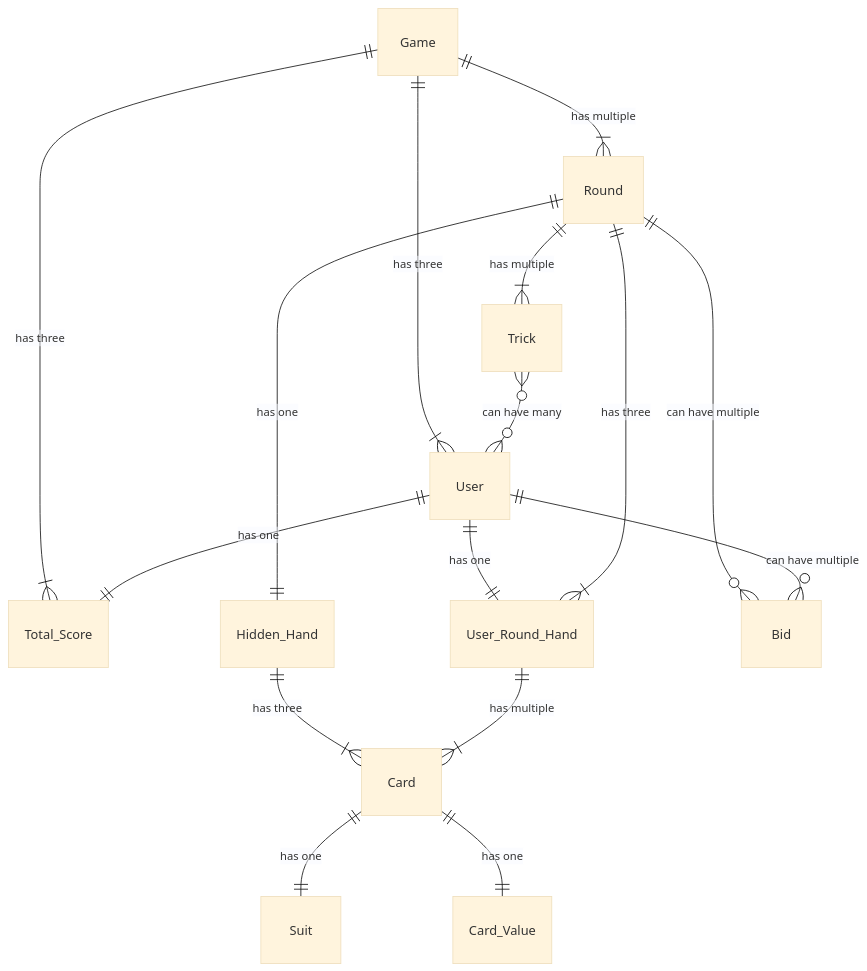
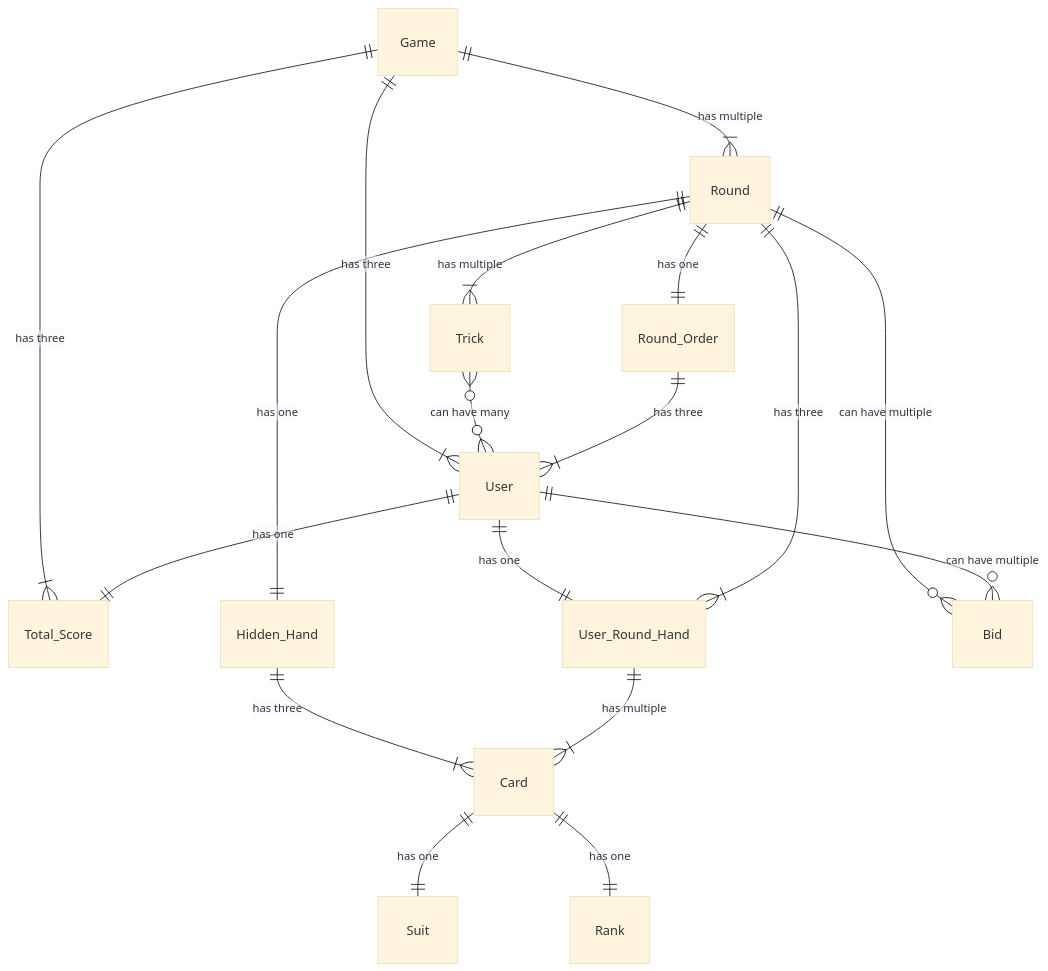
The diagram in README.md (szpytfire/tysiac), drawn with Mermaid (base theme) before and after one commit.

Commit message:
chore: update domain model

````diff
--- a/README.md
+++ b/README.md
@@ -3,18 +3,20 @@
 ```mermaid
 erDiagram
     Game ||--|{ User : "has three"
     Game ||--|{ Total_Score : "has three"
     User ||--|| Total_Score : "has one"
     Game ||--|{ Round : "has multiple"
     Round ||--|{ Trick : "has multiple"
     Trick }o--o{ User : "can have many"
     User ||--|| User_Round_Hand : "has one"
     Round ||--|{ User_Round_Hand : "has three"
     Round ||--|| Hidden_Hand : "has one"
     Round ||--o{ Bid : "can have multiple"
+    Round ||--|| Round_Order : "has one"
+    Round_Order ||--|{ User : "has three"
     User ||--o{ Bid : "can have multiple"
     Hidden_Hand ||--|{ Card : "has three"
     User_Round_Hand ||--|{ Card : "has multiple"
     Card ||--|| Suit : "has one"
-    Card ||--|| Card_Value : "has one"
+    Card ||--|| Rank : "has one"
 ```
````
